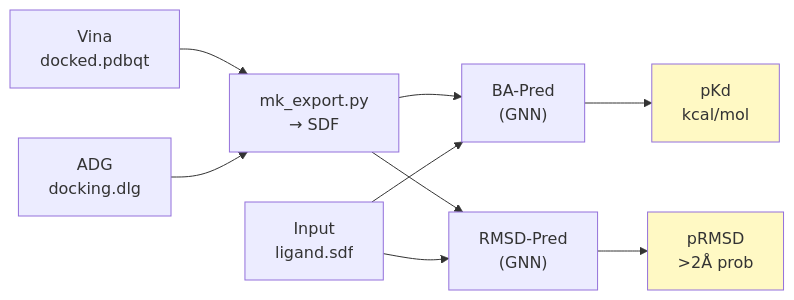
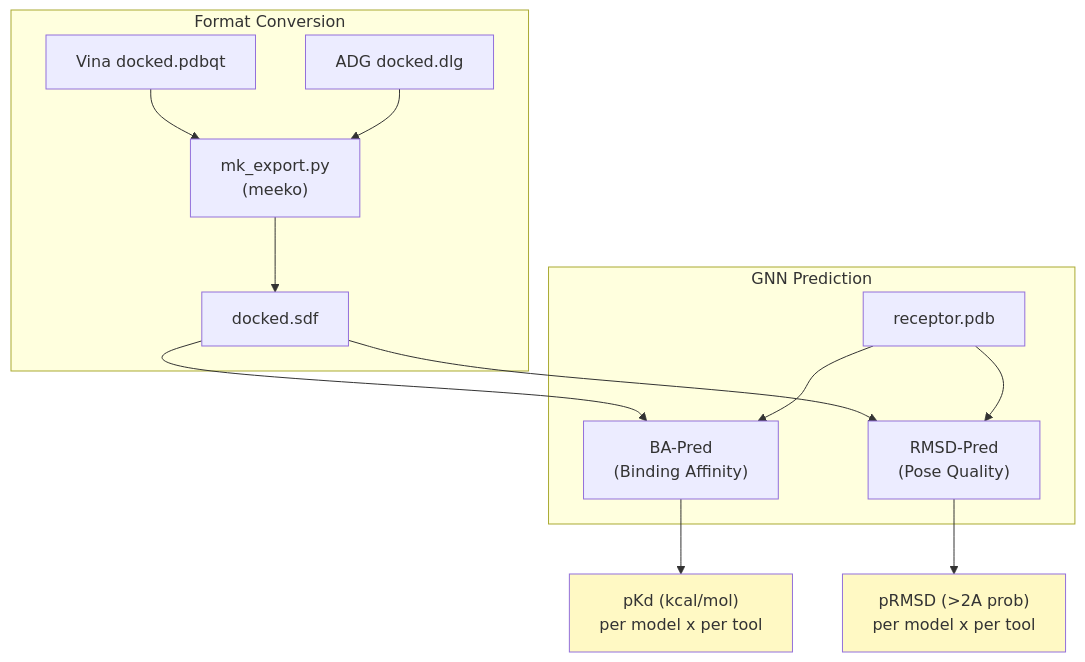
Diagram 15 of 17 in docs/pipeline.md (eightmm/mosaic-pl), drawn with Mermaid before and after one commit. The commit also changed other lines of this file and 4 other files, not shown here.

````diff
--- a/docs/pipeline.md
+++ b/docs/pipeline.md
@@ -246,14 +411,20 @@
 ```mermaid
-flowchart LR
-    VINA_OUT["Vina\ndocked.pdbqt"] --> MK["mk_export.py\n→ SDF"]
-    ADG_OUT["ADG\ndocking.dlg"] --> MK
-    MK --> BA["BA-Pred\n(GNN)"]
-    MK --> RMSD["RMSD-Pred\n(GNN)"]
-    SDF_IN["Input\nligand.sdf"] --> BA & RMSD
+flowchart TB
+    subgraph CONVERT["Format Conversion"]
+        VINA_OUT["Vina docked.pdbqt"] --> MK["mk_export.py\n(meeko)"]
+        ADG_OUT["ADG docked.dlg"] --> MK
+        MK --> SDF_OUT["docked.sdf"]
+    end
 
-    BA --> BA_OUT["pKd\nkcal/mol"]
-    RMSD --> RMSD_OUT["pRMSD\n>2Å prob"]
+    subgraph PREDICT["GNN Prediction"]
+        SDF_OUT --> BA["BA-Pred\n(Binding Affinity)"]
+        SDF_OUT --> RMSD["RMSD-Pred\n(Pose Quality)"]
+        REC["receptor.pdb"] --> BA & RMSD
+    end
+
+    BA --> BA_OUT["pKd (kcal/mol)\nper model x per tool"]
+    RMSD --> RMSD_OUT["pRMSD (>2A prob)\nper model x per tool"]
 
     style BA_OUT fill:#fff9c4
     style RMSD_OUT fill:#fff9c4
 ```
````
